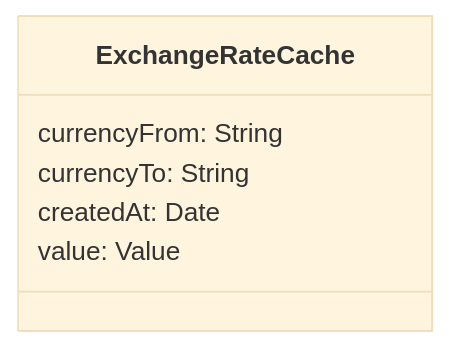
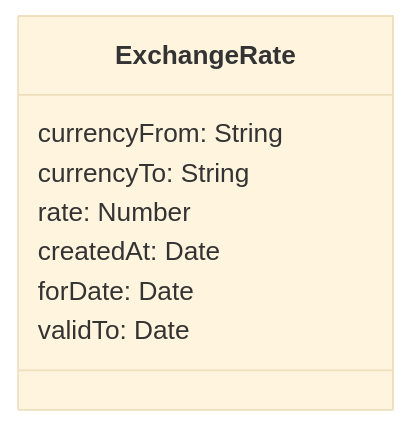
One commit to Group-Expense-Manager/gem-docs changed diagram 17 of 20 in docs/contracts.md. Above: the diagram before and after it, drawn with Mermaid (base theme). The commit also changed other lines of this file and 1 other file, not shown here.

Commit message:
updated flow diagrams & database classes

````diff
--- a/docs/contracts.md
+++ b/docs/contracts.md
@@ -767,9 +869,11 @@
 ```mermaid
 classDiagram
-    class ExchangeRateCache {
+    class ExchangeRate {
         currencyFrom: String
         currencyTo: String
+        rate: Number
         createdAt: Date
-        value: Value
+        forDate: Date
+        validTo: Date
     }
 ```
````
